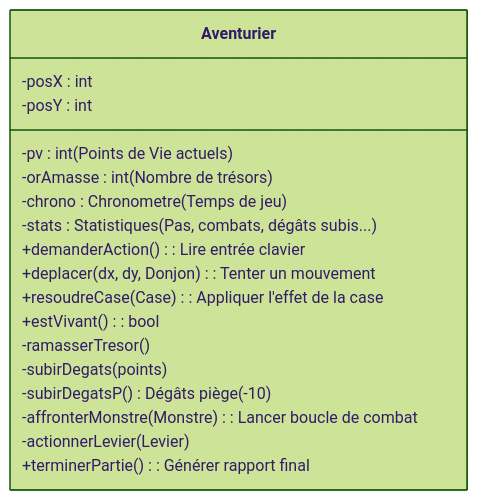
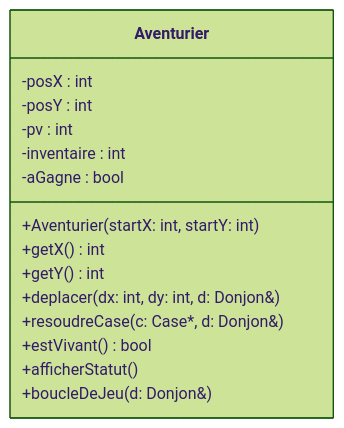
Before and after one commit to Rammousse/Projet-C-: the second of 2 diagrams in README.md, drawn with Mermaid (forest theme).

````diff
--- a/README.md
+++ b/README.md
@@ -53,28 +53,21 @@
 ``` mermaid
 classDiagram
     class Aventurier {
-        %% Données / État (Ce qu'il possède)
-        -pv : int (Points de Vie actuels)
+        %% Attributs réels de votre code
         -posX : int
         -posY : int
-        -orAmasse : int (Nombre de trésors)
-        -chrono : Chronometre (Temps de jeu)
-        -stats : Statistiques (Pas, combats, dégâts subis...)
+        -pv : int
+        -inventaire : int
+        -aGagne : bool
 
-        %% Actions Principales (Ce qu'il fait)
-        +demanderAction() : Lire entrée clavier
-        +deplacer(dx, dy, Donjon) : Tenter un mouvement
-        +resoudreCase(Case) : Appliquer l'effet de la case
-        +estVivant() : bool
-
-        %% Interactions Spécifiques
-        -ramasserTresor()
-        -subirDegats(points)
-        -subirDegatsP() : Dégâts piège (-10)
-        -affronterMonstre(Monstre) : Lancer boucle de combat
-        -actionnerLevier(Levier)
-
-        %% Fin de partie
-        +terminerPartie() : Générer rapport final
+        %% Méthodes réelles de votre code
+        +Aventurier(startX: int, startY: int)
+        +getX() int
+        +getY() int
+        +deplacer(dx: int, dy: int, d: Donjon&)
+        +resoudreCase(c: Case*, d: Donjon&)
+        +estVivant() bool
+        +afficherStatut()
+        +boucleDeJeu(d: Donjon&)
     }
 ```
````
